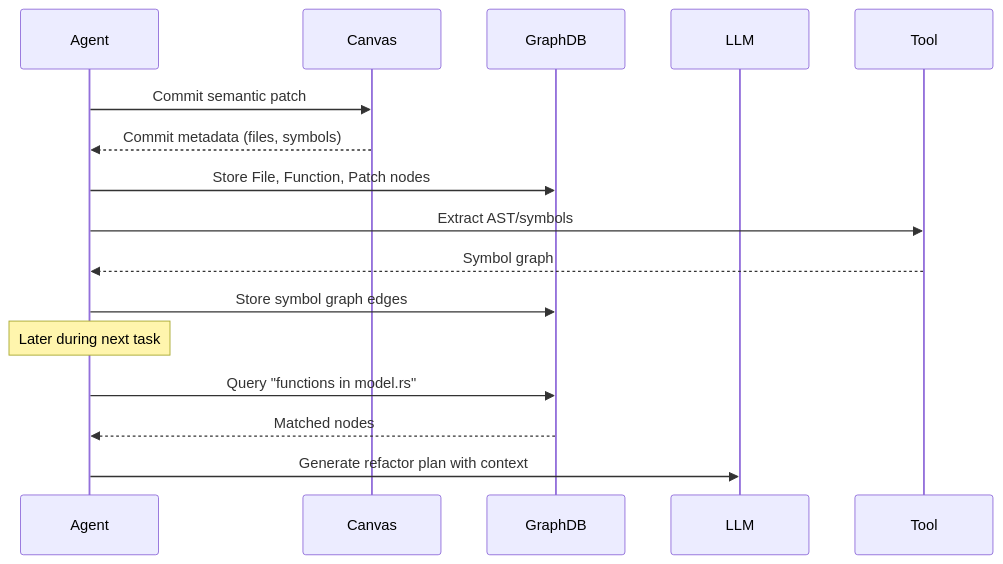
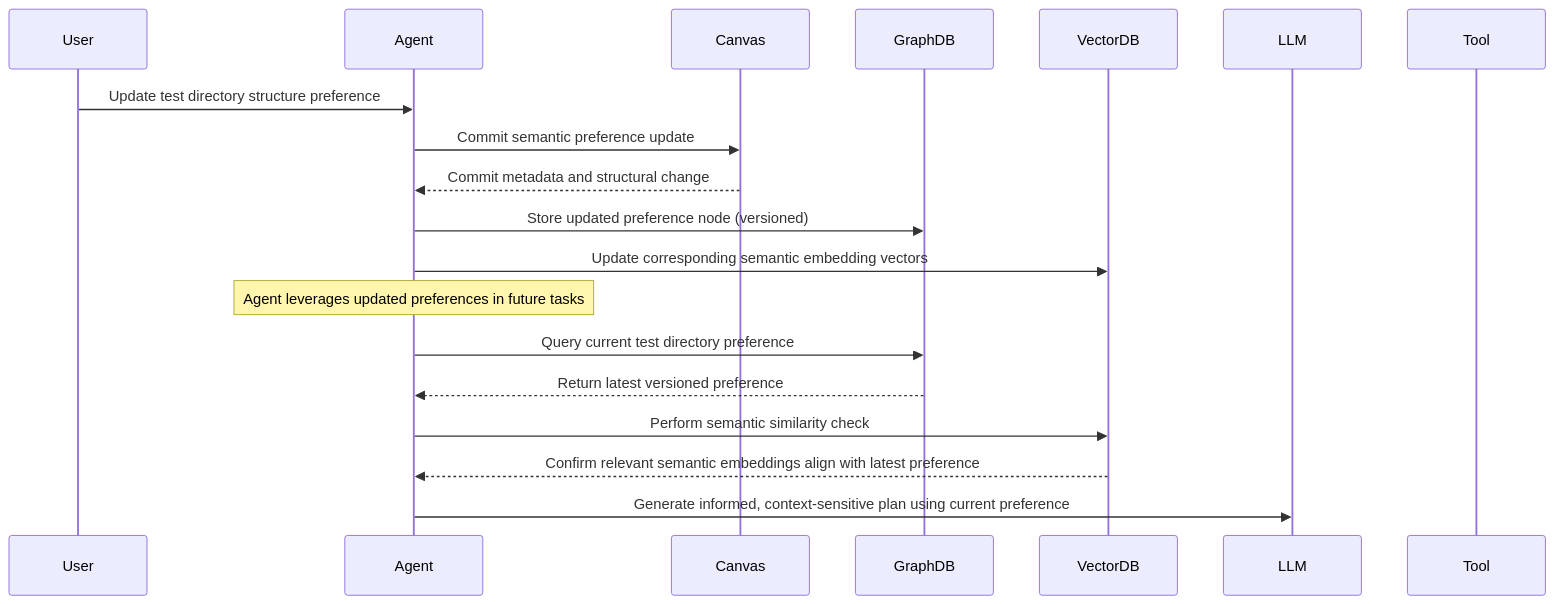
Before and after one commit to microscaler/tinkerbell: the diagram in docs/adrs/0008-Persistent_Agent_Memory_Strategy.md, drawn with Mermaid. The commit also changed other lines of this file and 2 other files, not shown here.

````diff
--- a/docs/adrs/0008-Persistent_Agent_Memory_Strategy.md
+++ b/docs/adrs/0008-Persistent_Agent_Memory_Strategy.md
@@ -49,20 +78,23 @@
 ```mermaid
 sequenceDiagram
+    participant User
     participant Agent
     participant Canvas
     participant GraphDB
+    participant VectorDB
     participant LLM
     participant Tool
 
-    Agent->>Canvas: Commit semantic patch
-    Canvas-->>Agent: Commit metadata (files, symbols)
-    Agent->>GraphDB: Store File, Function, Patch nodes
-    Agent->>Tool: Extract AST/symbols
-    Tool-->>Agent: Symbol graph
-    Agent->>GraphDB: Store symbol graph edges
+    User->>Agent: Update test directory structure preference
+    Agent->>Canvas: Commit semantic preference update
+    Canvas-->>Agent: Commit metadata and structural change
+    Agent->>GraphDB: Store updated preference node (versioned)
+    Agent->>VectorDB: Update corresponding semantic embedding vectors
 
-    Note over Agent: Later during next task
-    Agent->>GraphDB: Query "functions in model.rs"
-    GraphDB-->>Agent: Matched nodes
-    Agent->>LLM: Generate refactor plan with context
+    Note over Agent: Agent leverages updated preferences in future tasks
+    Agent->>GraphDB: Query current test directory preference
+    GraphDB-->>Agent: Return latest versioned preference
+    Agent->>VectorDB: Perform semantic similarity check
+    VectorDB-->>Agent: Confirm relevant semantic embeddings align with latest preference
+    Agent->>LLM: Generate informed, context-sensitive plan using current preference
 ```
````
